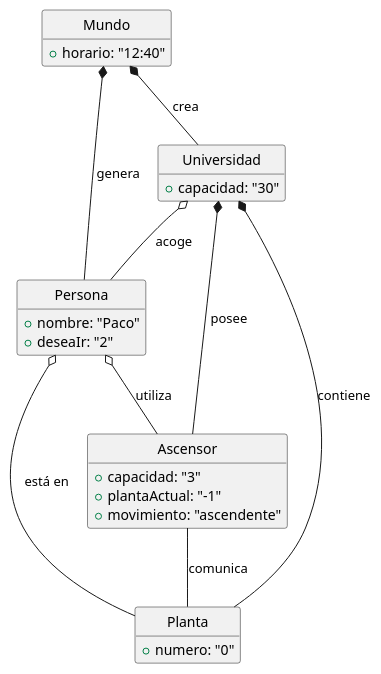
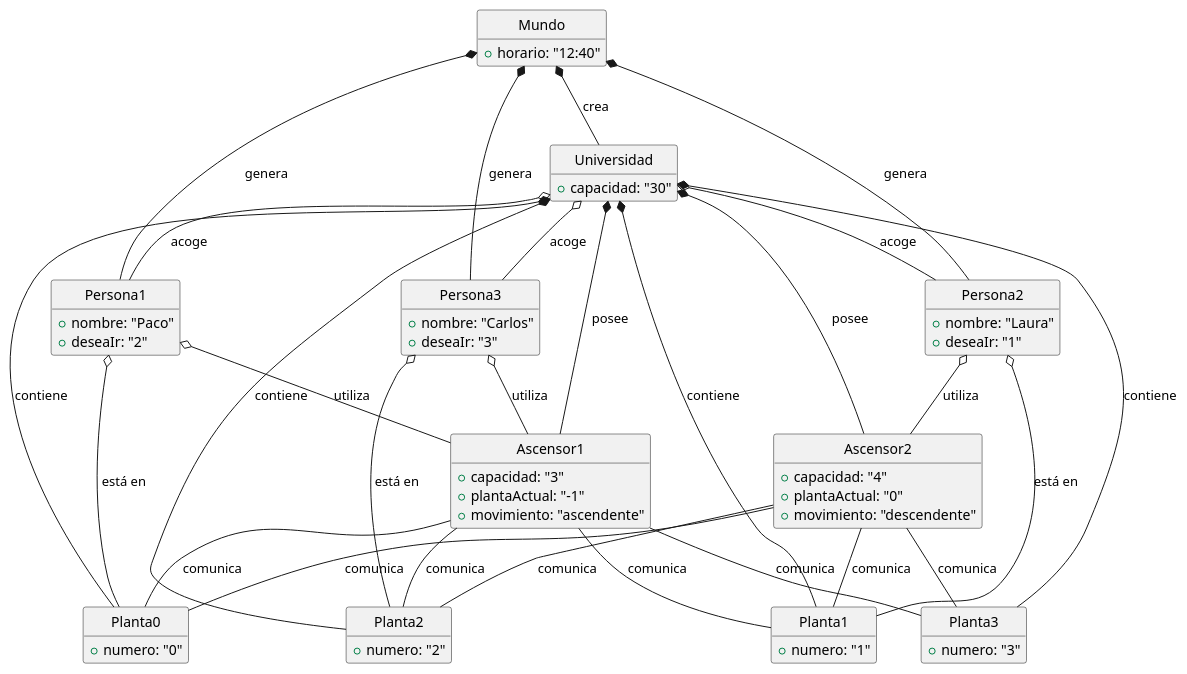
Before and after one commit to mmasias/24-25-IdSw2-SDD: the diagram in modelosUML/MdD/DdO/DdO.puml, drawn with PlantUML. The commit also changed other lines of this file, not shown here.

```diff
--- a/modelosUML/MdD/DdO/DdO.puml
+++ b/modelosUML/MdD/DdO/DdO.puml
@@ -1,40 +1,90 @@
 @startuml DdO
 
 hide circle
 hide empty members
 
 class Mundo {
-+ horario: "12:40"
+    + horario: "12:40"
 }
 
 class Universidad {
     + capacidad: "30"
 }
 
-class Persona {
+class Persona1 {
     + nombre: "Paco"
     + deseaIr: "2"
 }
 
-class Ascensor {
+class Persona2 {
+    + nombre: "Laura"
+    + deseaIr: "1"
+}
+
+class Persona3 {
+    + nombre: "Carlos"
+    + deseaIr: "3"
+}
+
+class Ascensor1 {
     + capacidad: "3"
     + plantaActual: "-1"
     + movimiento: "ascendente"
 }
 
-class Planta {
+class Ascensor2 {
+    + capacidad: "4"
+    + plantaActual: "0"
+    + movimiento: "descendente"
+}
+
+class Planta0 {
     + numero: "0"
 }
 
-Mundo *-- Persona : genera
+class Planta1 {
+    + numero: "1"
+}
+
+class Planta2 {
+    + numero: "2"
+}
+
+class Planta3 {
+    + numero: "3"
+}
+
+Mundo *-- Persona1 : genera
+Mundo *-- Persona2 : genera
+Mundo *-- Persona3 : genera
 Mundo *-- Universidad : crea
 
-Universidad *-- Planta : contiene
-Universidad o-- Persona : acoge
-Universidad *-- Ascensor : posee
+Universidad *-- Planta0 : contiene
+Universidad *-- Planta1 : contiene
+Universidad *-- Planta2 : contiene
+Universidad *-- Planta3 : contiene
+Universidad o-- Persona1 : acoge
+Universidad o-- Persona2 : acoge
+Universidad o-- Persona3 : acoge
+Universidad *-- Ascensor1 : posee
+Universidad *-- Ascensor2 : posee
 
-Persona o-- Ascensor : utiliza
-Ascensor -- Planta : comunica
-Persona o-- Planta : está en
+Persona1 o-- Ascensor1 : utiliza
+Persona2 o-- Ascensor2 : utiliza
+Persona3 o-- Ascensor1 : utiliza
+
+Ascensor1 -- Planta0 : comunica
+Ascensor1 -- Planta1 : comunica
+Ascensor1 -- Planta2 : comunica
+Ascensor1 -- Planta3 : comunica
+
+Ascensor2 -- Planta0 : comunica
+Ascensor2 -- Planta1 : comunica
+Ascensor2 -- Planta2 : comunica
+Ascensor2 -- Planta3 : comunica
+
+Persona1 o-- Planta0 : está en
+Persona2 o-- Planta1 : está en
+Persona3 o-- Planta2 : está en
 
 @enduml
```
